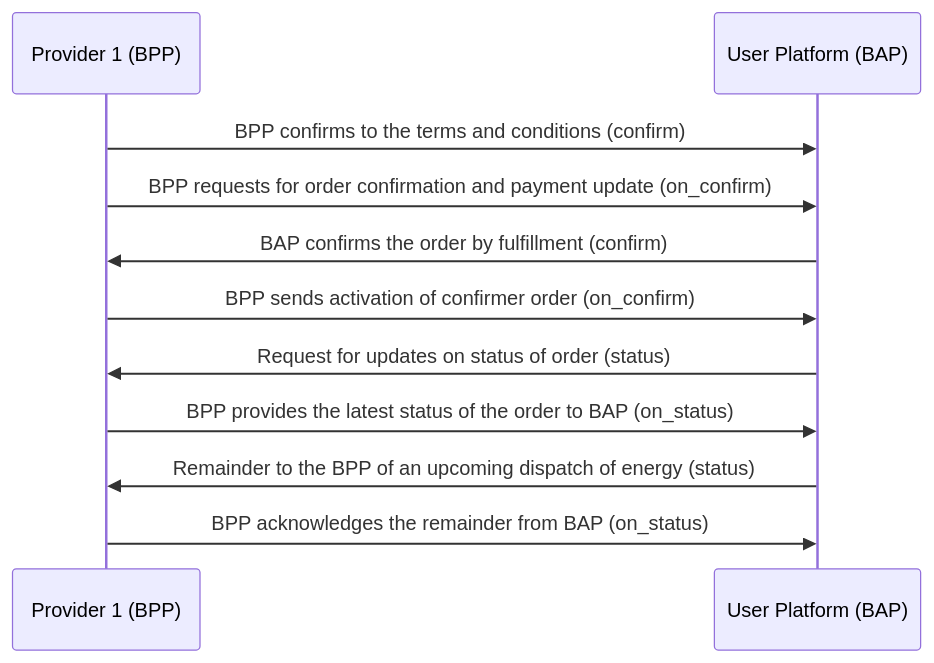
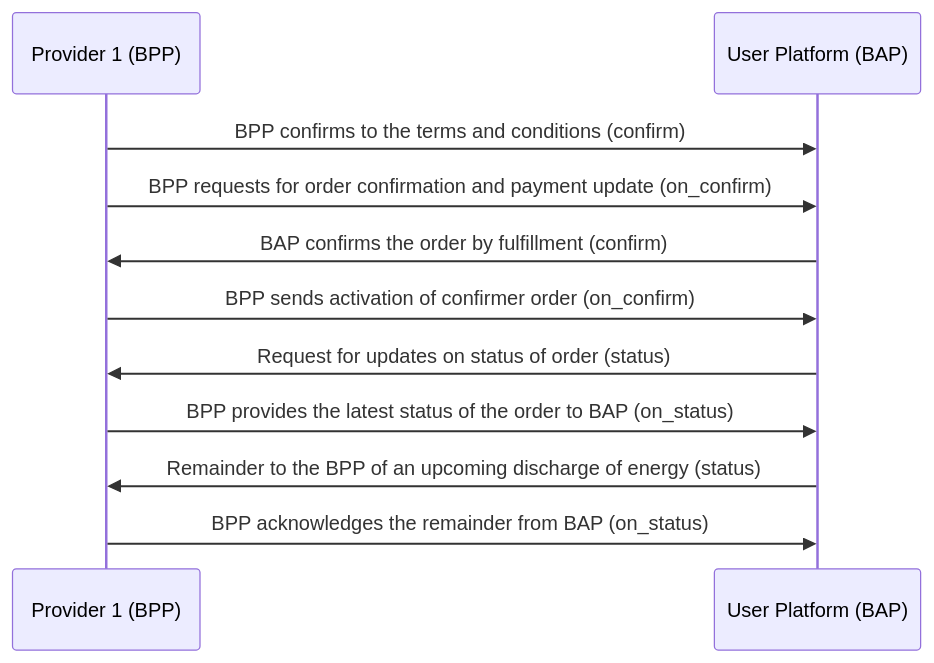
One commit to Sudheesh2609/DENT-Protocol changed the eighth of 8 diagrams in docs/implementation-guides/General_Energy_Transaction_1.md. Above: the diagram before and after it, drawn with Mermaid. The commit also changed other lines of this file, not shown here.

````diff
--- a/docs/implementation-guides/General_Energy_Transaction_1.md
+++ b/docs/implementation-guides/General_Energy_Transaction_1.md
@@ -200,11 +216,11 @@
 ```mermaid
     sequenceDiagram
     Provider 1 (BPP)->>User Platform (BAP): BPP confirms to the terms and conditions (confirm)
     Provider 1 (BPP)->>User Platform (BAP): BPP requests for order confirmation and payment update (on_confirm)
     User Platform (BAP)->>Provider 1 (BPP): BAP confirms the order by fulfillment (confirm)
     Provider 1 (BPP)->>User Platform (BAP): BPP sends activation of confirmer order (on_confirm)
     User Platform (BAP)->>Provider 1 (BPP): Request for updates on status of order (status)
     Provider 1 (BPP)->>User Platform (BAP): BPP provides the latest status of the order to BAP (on_status)
-    User Platform (BAP)->>Provider 1 (BPP): Remainder to the BPP of an upcoming dispatch of energy (status)
+    User Platform (BAP)->>Provider 1 (BPP): Remainder to the BPP of an upcoming discharge of energy (status)
     Provider 1 (BPP)->>User Platform (BAP): BPP acknowledges the remainder from BAP (on_status)
 ```
````
